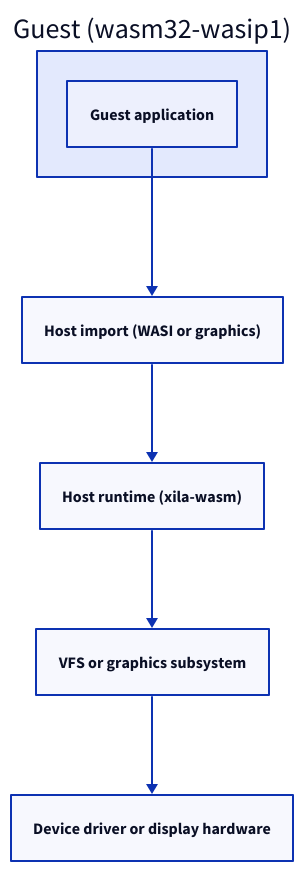
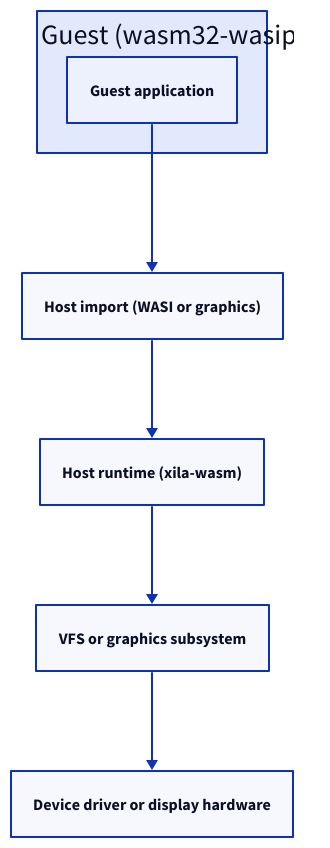
The diagram in src/content/docs/explanation/architecture/executables/wasm.mdx (xila-project/website), drawn with D2 before and after one commit. The commit also changed 3 other files, not shown here.

First line of the commit message:
docs(diagrams): lay out the executables diagrams within 800 pixels

````diff
--- a/src/content/docs/explanation/architecture/executables/wasm.mdx
+++ b/src/content/docs/explanation/architecture/executables/wasm.mdx
@@ -27,14 +27,15 @@
 ```d2 title="System call pathway from a guest application to a device driver or display hardware"
 direction: down
 
 guest: "Guest (wasm32-wasip1)" {
   class: boundary
+  label.near: top-left
   app: Guest application { class: component }
 }
 import: "Host import (WASI or graphics)" { class: component }
 runtime: "Host runtime (xila-wasm)" { class: component }
 subsystem: "VFS or graphics subsystem" { class: component }
 driver: "Device driver or display hardware" { class: hardware }
 
 guest.app -> import -> runtime -> subsystem -> driver
 ```
````
